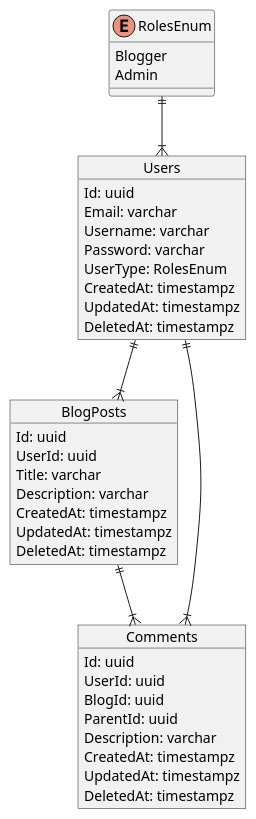
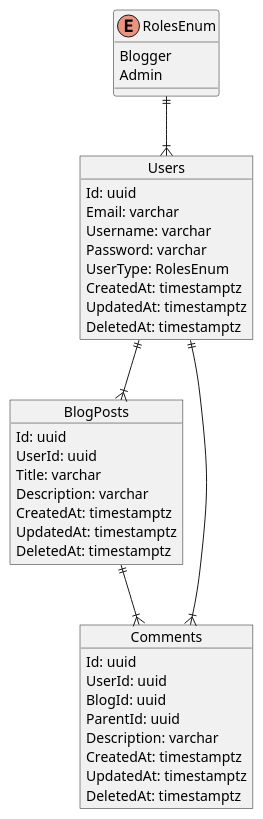
One commit to kelvinlee0225/blogmaster changed the diagram in src/database/database-structure.md. Above: the diagram before and after it, drawn with PlantUML.

Commit message:
correct type in timestamptz

```diff
--- a/src/database/database-structure.md
+++ b/src/database/database-structure.md
@@ -1,45 +1,45 @@
 @startuml
 
 object Users {
 Id: uuid
 Email: varchar
 Username: varchar
 Password: varchar
 UserType: RolesEnum
-CreatedAt: timestampz
-UpdatedAt: timestampz
-DeletedAt: timestampz
+CreatedAt: timestamptz
+UpdatedAt: timestamptz
+DeletedAt: timestamptz
 }
 
 enum RolesEnum {
 Blogger
 Admin
 }
 
 object BlogPosts {
 Id: uuid
 UserId: uuid
 Title: varchar
 Description: varchar
-CreatedAt: timestampz
-UpdatedAt: timestampz
-DeletedAt: timestampz
+CreatedAt: timestamptz
+UpdatedAt: timestamptz
+DeletedAt: timestamptz
 }
 
 object Comments {
 Id: uuid
 UserId: uuid
 BlogId: uuid
 ParentId: uuid
 Description: varchar
-CreatedAt: timestampz
-UpdatedAt: timestampz
-DeletedAt: timestampz
+CreatedAt: timestamptz
+UpdatedAt: timestamptz
+DeletedAt: timestamptz
 }
 
 Users ||--|{ BlogPosts
 Users ||--|{ Comments
 BlogPosts ||--|{ Comments
 RolesEnum ||--|{ Users
 
 @enduml
```
